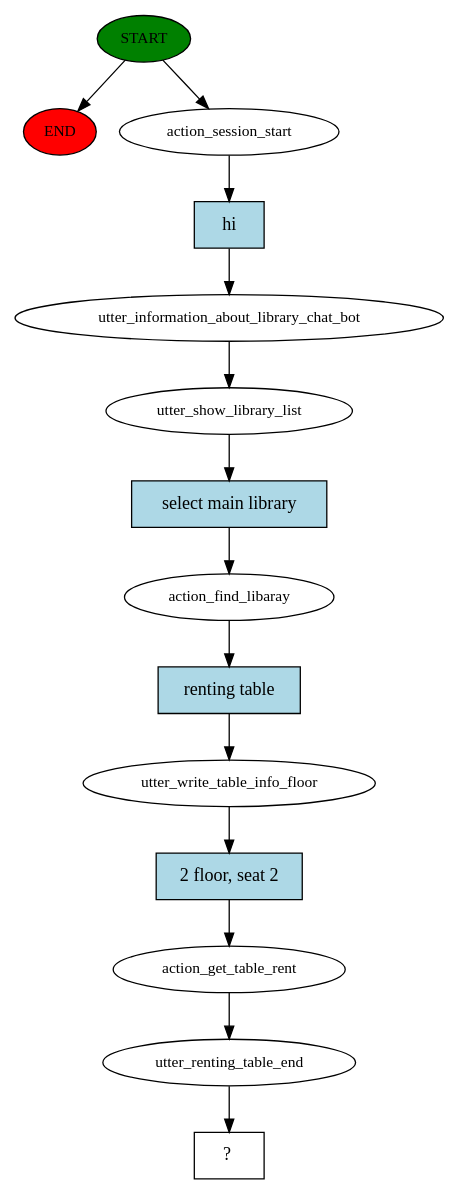
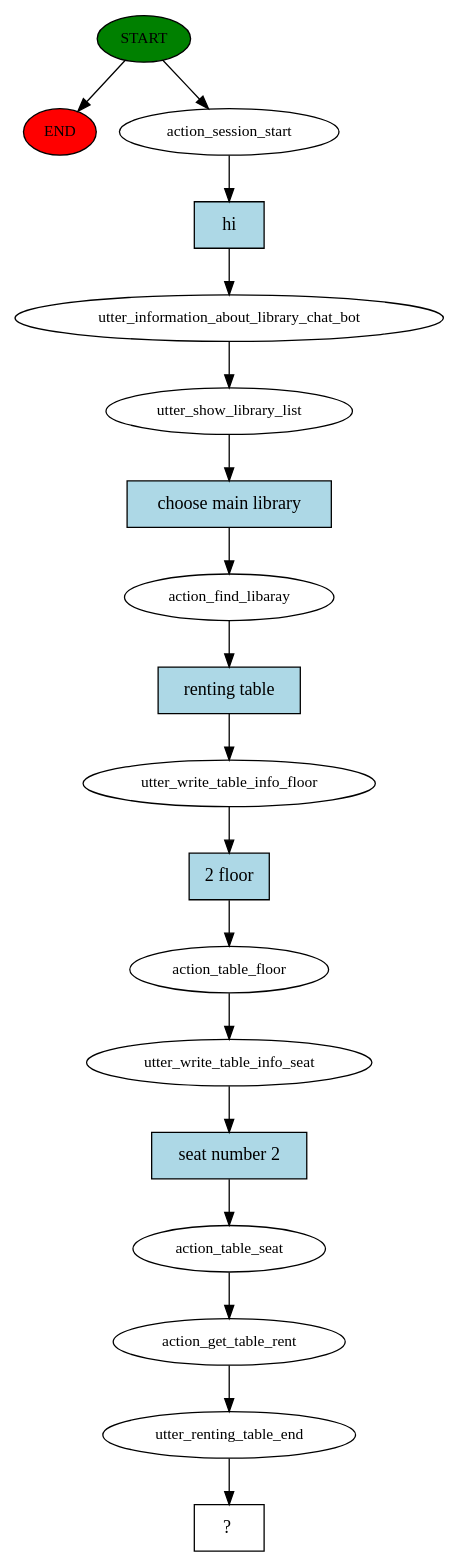
The diagram in story_graph.dot (99apollo/rasa), drawn with Graphviz before and after one commit. The commit also changed 7 other files, not shown here.

```diff
--- a/story_graph.dot
+++ b/story_graph.dot
@@ -1,29 +1,37 @@
 digraph  {
 0 [class="start active", fillcolor=green, fontsize=12, label=START, style=filled];
 "-1" [class=end, fillcolor=red, fontsize=12, label=END, style=filled];
 1 [class=active, fontsize=12, label=action_session_start];
 2 [class=active, fontsize=12, label=utter_information_about_library_chat_bot];
 3 [class=active, fontsize=12, label=utter_show_library_list];
 4 [class=active, fontsize=12, label=action_find_libaray];
 5 [class=active, fontsize=12, label=utter_write_table_info_floor];
-6 [class=active, fontsize=12, label=action_get_table_rent];
-7 [class=active, fontsize=12, label=utter_renting_table_end];
-8 [class="intent dashed active", label="  ?  ", shape=rect];
-9 [class="intent active", fillcolor=lightblue, label=hi, shape=rect, style=filled];
-10 [class="intent active", fillcolor=lightblue, label="select main library", shape=rect, style=filled];
-11 [class="intent active", fillcolor=lightblue, label="renting table", shape=rect, style=filled];
-12 [class="intent active", fillcolor=lightblue, label="2 floor, seat 2", shape=rect, style=filled];
+6 [class=active, fontsize=12, label=action_table_floor];
+7 [class=active, fontsize=12, label=utter_write_table_info_seat];
+8 [class=active, fontsize=12, label=action_table_seat];
+9 [class=active, fontsize=12, label=action_get_table_rent];
+10 [class=active, fontsize=12, label=utter_renting_table_end];
+11 [class="intent dashed active", label="  ?  ", shape=rect];
+12 [class="intent active", fillcolor=lightblue, label=hi, shape=rect, style=filled];
+13 [class="intent active", fillcolor=lightblue, label="choose main library", shape=rect, style=filled];
+14 [class="intent active", fillcolor=lightblue, label="renting table", shape=rect, style=filled];
+15 [class="intent active", fillcolor=lightblue, label="2 floor", shape=rect, style=filled];
+16 [class="intent active", fillcolor=lightblue, label="seat number 2", shape=rect, style=filled];
 0 -> "-1"  [class="", key=NONE, label=""];
 0 -> 1  [class=active, key=NONE, label=""];
-1 -> 9  [class=active, key=0];
+1 -> 12  [class=active, key=0];
 2 -> 3  [class=active, key=NONE, label=""];
-3 -> 10  [class=active, key=0];
-4 -> 11  [class=active, key=0];
-5 -> 12  [class=active, key=0];
+3 -> 13  [class=active, key=0];
+4 -> 14  [class=active, key=0];
+5 -> 15  [class=active, key=0];
 6 -> 7  [class=active, key=NONE, label=""];
-7 -> 8  [class=active, key=NONE, label=""];
-9 -> 2  [class=active, key=0];
-10 -> 4  [class=active, key=0];
-11 -> 5  [class=active, key=0];
-12 -> 6  [class=active, key=0];
+7 -> 16  [class=active, key=0];
+8 -> 9  [class=active, key=NONE, label=""];
+9 -> 10  [class=active, key=NONE, label=""];
+10 -> 11  [class=active, key=NONE, label=""];
+12 -> 2  [class=active, key=0];
+13 -> 4  [class=active, key=0];
+14 -> 5  [class=active, key=0];
+15 -> 6  [class=active, key=0];
+16 -> 8  [class=active, key=0];
 }
```
